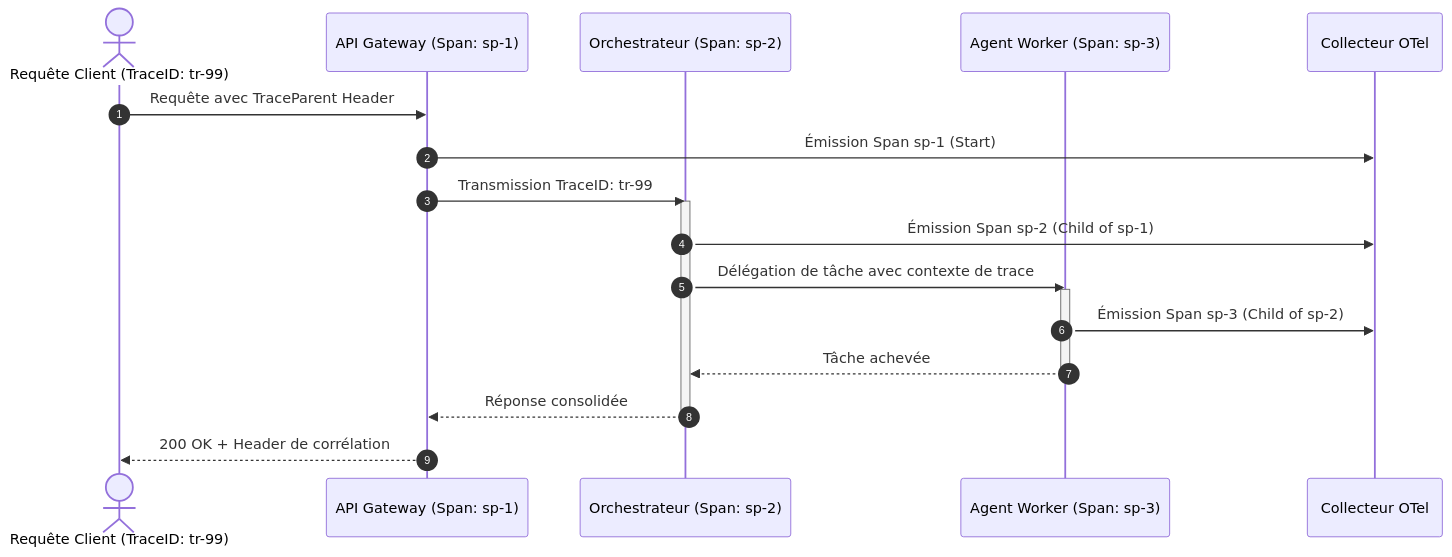
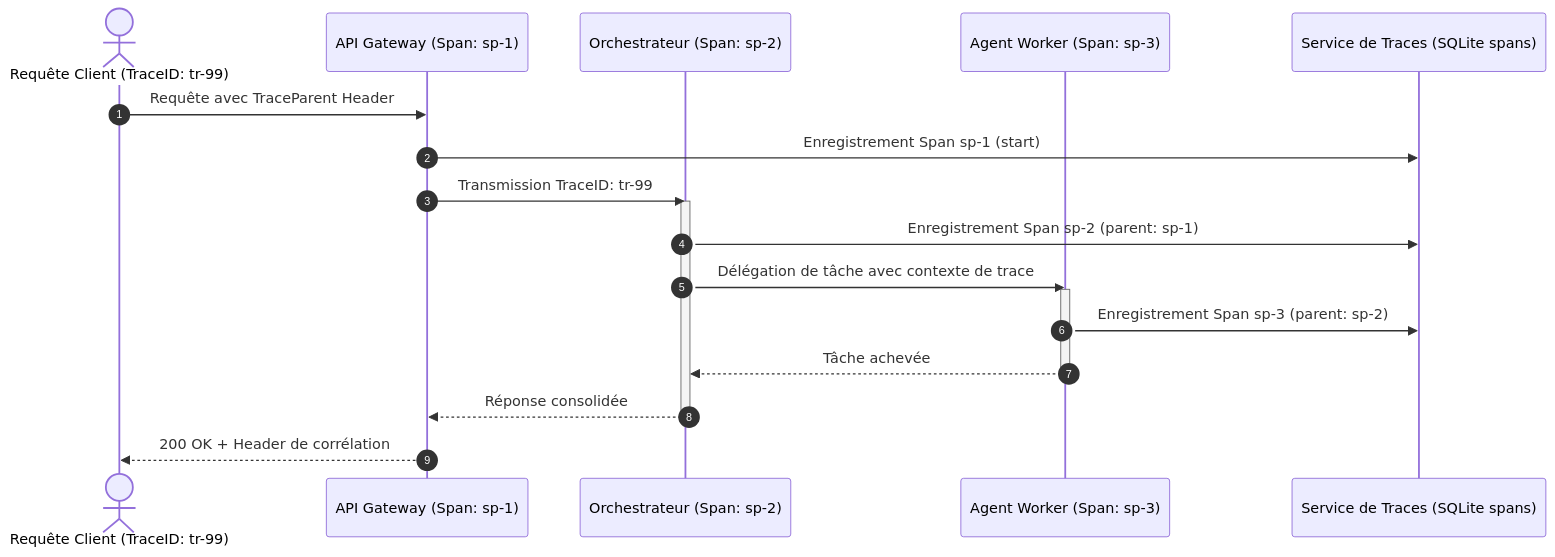
Before and after one commit to PISSARAW/GenOS: the third of 3 diagrams in docs/OBSERVABILITE.md, drawn with Mermaid. The commit also changed other lines of this file and 1 other file, not shown here.

````diff
--- a/docs/OBSERVABILITE.md
+++ b/docs/OBSERVABILITE.md
@@ -266,27 +267,27 @@
 ```mermaid
 sequenceDiagram
     autonumber
     actor Client as Requête Client (TraceID: tr-99)
     participant Gateway as API Gateway (Span: sp-1)
     participant Orch as Orchestrateur (Span: sp-2)
     participant Worker as Agent Worker (Span: sp-3)
-    participant Sink as Collecteur OTel
+    participant TraceSvc as Service de Traces (SQLite spans)
 
     Client->>Gateway: Requête avec TraceParent Header
-    Gateway->>Sink: Émission Span sp-1 (Start)
+    Gateway->>TraceSvc: Enregistrement Span sp-1 (start)
     Gateway->>Orch: Transmission TraceID: tr-99
     
     activate Orch
-    Orch->>Sink: Émission Span sp-2 (Child of sp-1)
+    Orch->>TraceSvc: Enregistrement Span sp-2 (parent: sp-1)
     Orch->>Worker: Délégation de tâche avec contexte de trace
     
     activate Worker
-    Worker->>Sink: Émission Span sp-3 (Child of sp-2)
+    Worker->>TraceSvc: Enregistrement Span sp-3 (parent: sp-2)
     Worker-->>Orch: Tâche achevée
     deactivate Worker
     
     Orch-->>Gateway: Réponse consolidée
     deactivate Orch
     
     Gateway-->>Client: 200 OK + Header de corrélation
 ```
````
